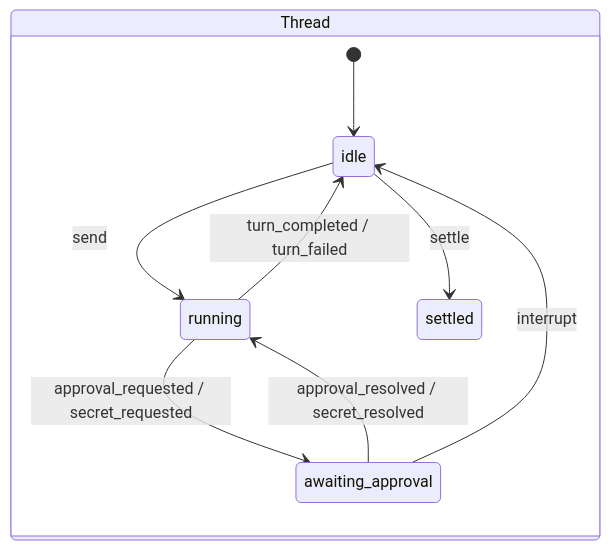
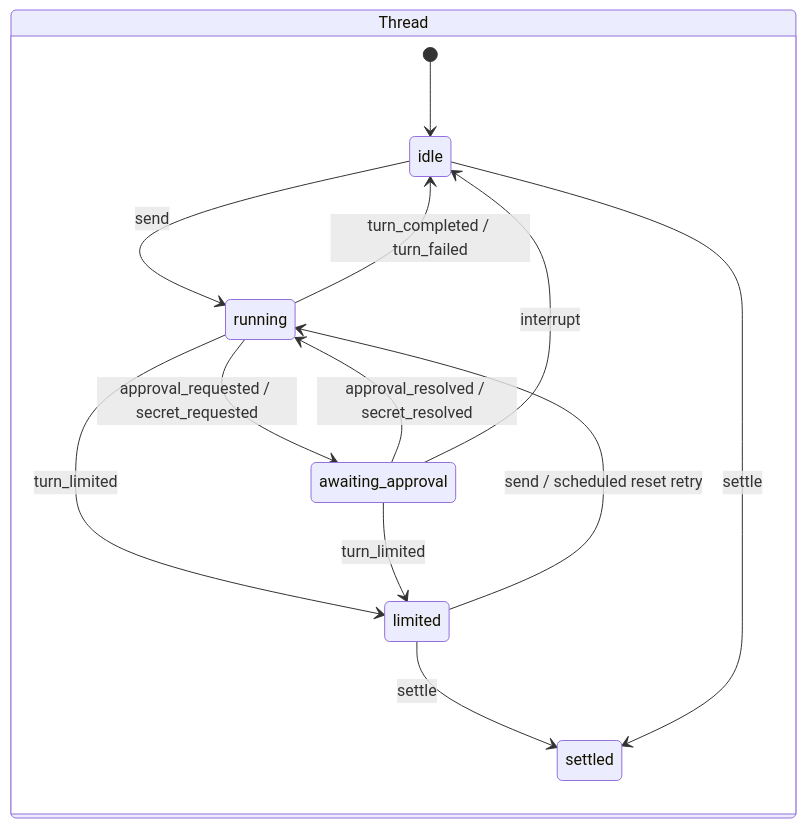
One commit to hinadev-ai/hinacode changed the eighth of 12 diagrams in docs/arch.md. Above: the diagram before and after it, drawn with Mermaid. The commit also changed other lines of this file and 34 other files, not shown here.

````diff
--- a/docs/arch.md
+++ b/docs/arch.md
@@ -272,13 +272,17 @@
 ```mermaid
 stateDiagram-v2
   direction LR
   state "Thread" as T {
     [*] --> idle
     idle --> running: send
     running --> awaiting_approval: approval_requested / secret_requested
     awaiting_approval --> running: approval_resolved / secret_resolved
     running --> idle: turn_completed / turn_failed
+    running --> limited: turn_limited
+    awaiting_approval --> limited: turn_limited
+    limited --> running: send / scheduled reset retry
+    limited --> settled: settle
     awaiting_approval --> idle: interrupt
     idle --> settled: settle
   }
 ```
````
